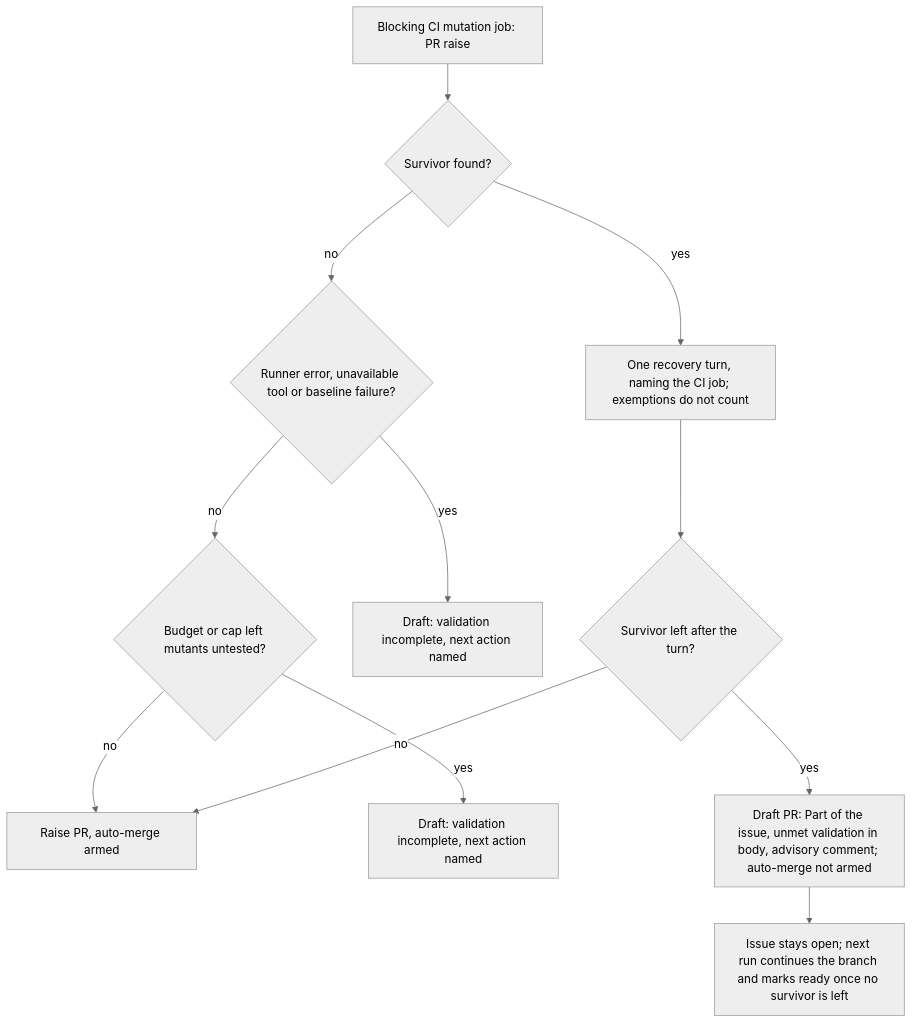
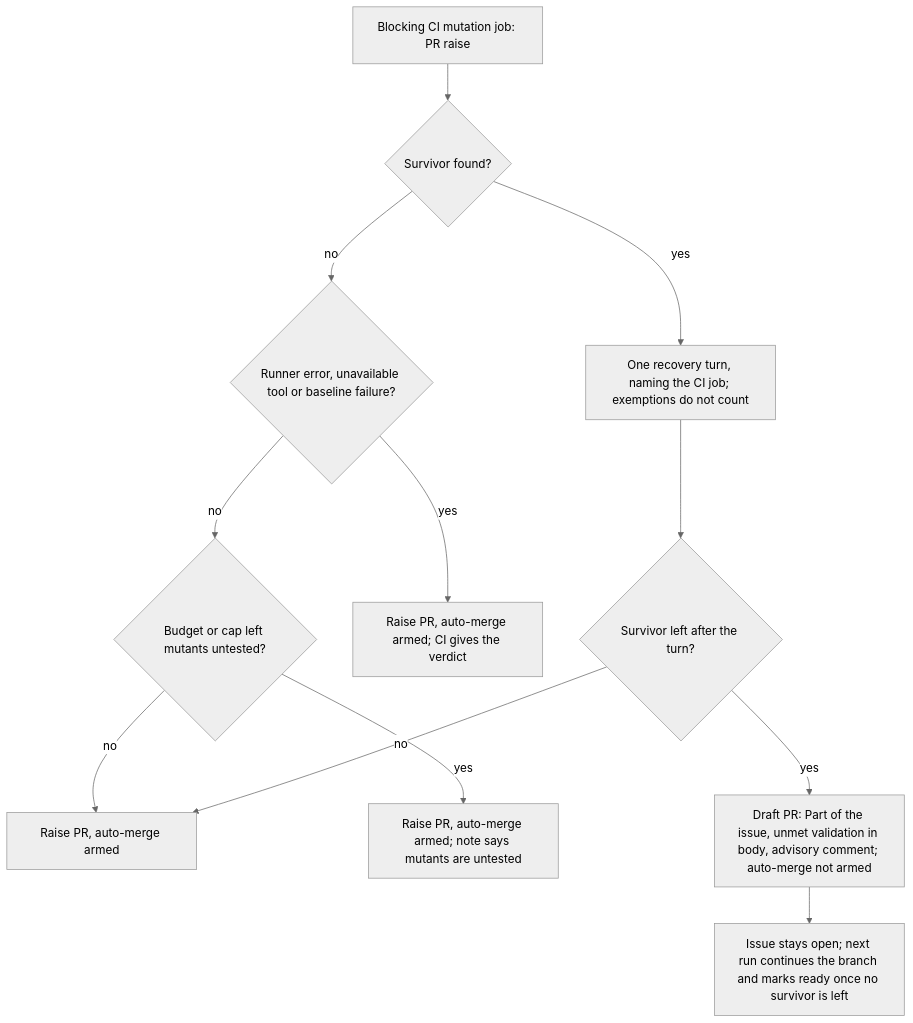
One commit to stSoftwareAU/VibeCoder changed the second of 3 diagrams in docs/mutation-check.md. Above: the diagram before and after it, drawn with Mermaid (neutral theme). The commit also changed other lines of this file and 6 other files, not shown here.

````diff
--- a/docs/mutation-check.md
+++ b/docs/mutation-check.md
@@ -154,14 +153,14 @@
 ```mermaid
 flowchart TD
     A["Blocking CI mutation job: PR raise"] --> B{"Survivor found?"}
     B -- no --> C{"Runner error, unavailable tool or baseline failure?"}
     C -- no --> K{"Budget or cap left mutants untested?"}
     K -- no --> Z["Raise PR, auto-merge armed"]
-    K -- yes --> L["Draft: validation incomplete, next action named"]
-    C -- yes --> N["Draft: validation incomplete, next action named"]
+    K -- yes --> L["Raise PR, auto-merge armed; note says mutants are untested"]
+    C -- yes --> N["Raise PR, auto-merge armed; CI gives the verdict"]
     B -- yes --> R["One recovery turn, naming the CI job; exemptions do not count"]
     R --> S{"Survivor left after the turn?"}
     S -- no --> Z
     S -- yes --> D["Draft PR: Part of the issue, unmet validation in body, advisory comment; auto-merge not armed"]
     D --> I["Issue stays open; next run continues the branch and marks ready once no survivor is left"]
 ```
````
